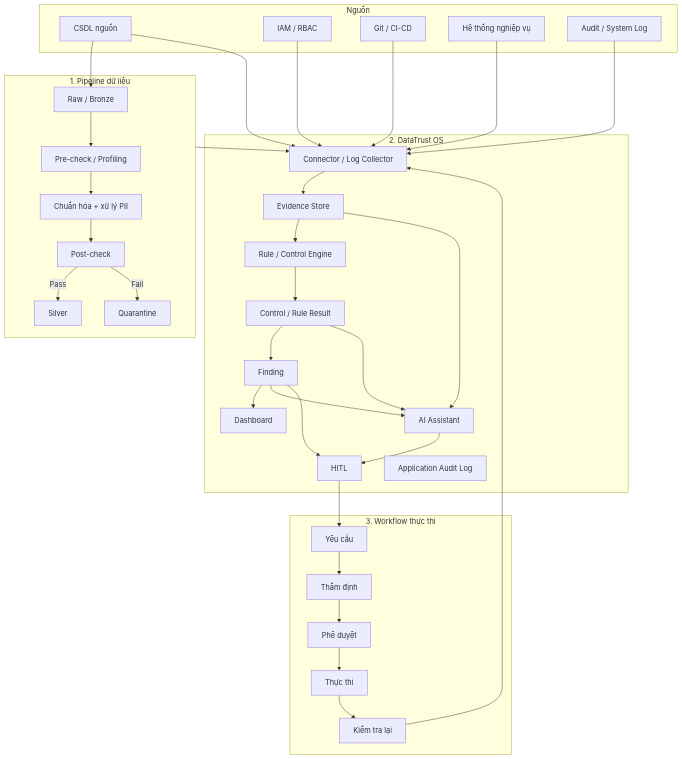
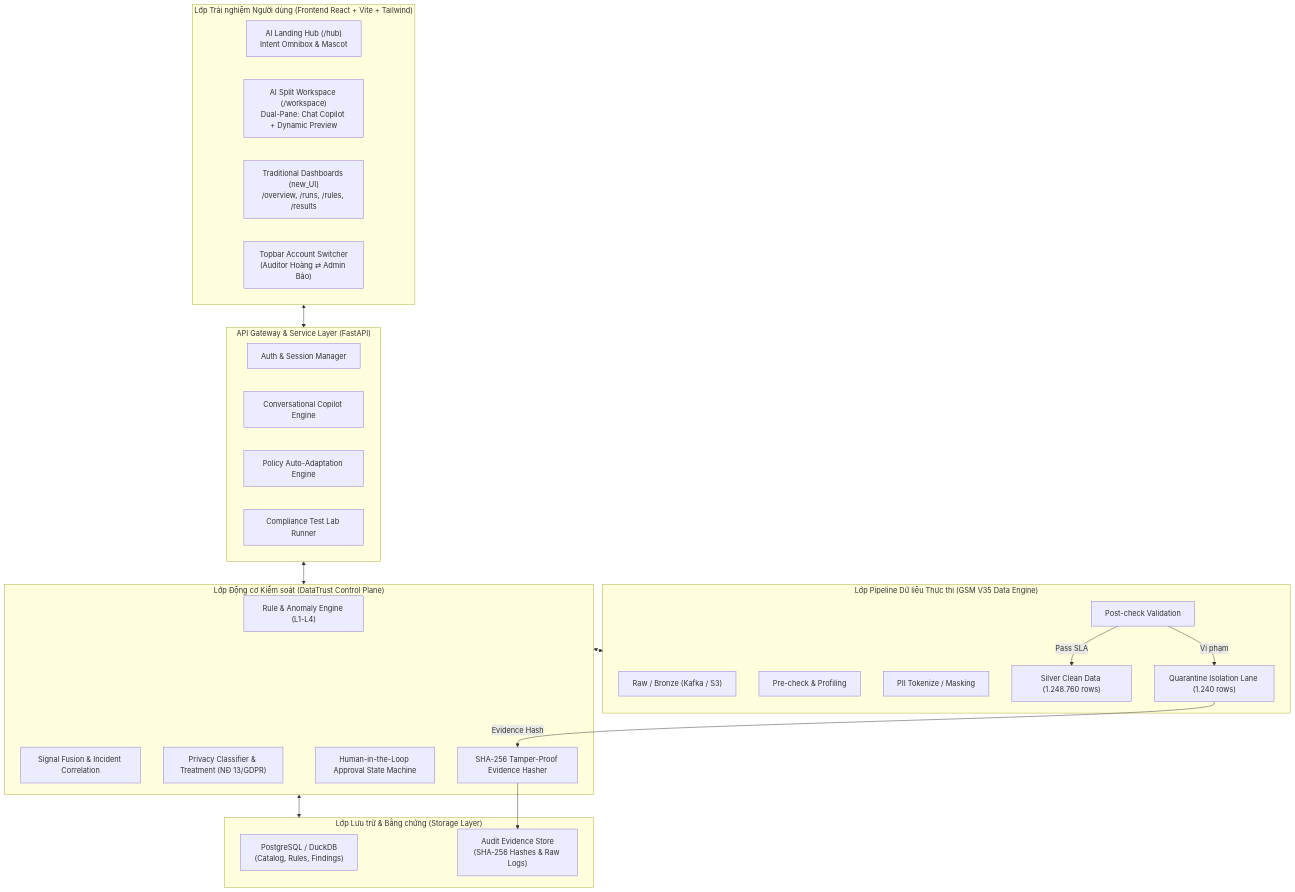
Before and after one commit to Dino1059/Phase2_VSF: the second of 3 diagrams in SDD.md, drawn with Mermaid. The commit also changed other lines of this file and 12 other files, not shown here.

````diff
--- a/SDD.md
+++ b/SDD.md
@@ -99,61 +128,47 @@
 ```mermaid
 flowchart TB
-    subgraph SRC["Nguồn"]
-        DB["CSDL nguồn"]
-        IAM["IAM / RBAC"]
-        GIT["Git / CI-CD"]
-        APP["Hệ thống nghiệp vụ"]
-        LOG["Audit / System Log"]
+    subgraph UI_LAYER["Lớp Trải nghiệm Người dùng (Frontend React + Vite + Tailwind)"]
+        HUB["AI Landing Hub (/hub)\nIntent Omnibox & Mascot"]
+        WORKSPACE["AI Split Workspace (/workspace)\nDual-Pane: Chat Copilot + Dynamic Preview"]
+        DASH["Traditional Dashboards (new_UI)\n/overview, /runs, /rules, /results"]
+        SWITCH["Topbar Account Switcher\n(Auditor Hoàng ⇄ Admin Bảo)"]
     end
 
-    subgraph PIPE["1. Pipeline dữ liệu"]
-        RAW["Raw / Bronze"]
-        PRE["Pre-check / Profiling"]
-        PII["Chuẩn hóa + xử lý PII"]
-        POST["Post-check"]
-        SILVER["Silver"]
-        QUAR["Quarantine"]
+    subgraph GATEWAY["API Gateway & Service Layer (FastAPI)"]
+        AUTH_SVC["Auth & Session Manager"]
+        COPILOT_SVC["Conversational Copilot Engine"]
+        ADAPT_SVC["Policy Auto-Adaptation Engine"]
+        TEST_SVC["Compliance Test Lab Runner"]
     end
 
-    subgraph DT["2. DataTrust OS"]
-        CONN["Connector / Log Collector"]
-        EVID["Evidence Store"]
-        RULE["Rule / Control Engine"]
-        RESULT["Control / Rule Result"]
-        FIND["Finding"]
-        DASH["Dashboard"]
-        AI["AI Assistant"]
-        HITL["HITL"]
-        AUDIT["Application Audit Log"]
+    subgraph ENGINE_LAYER["Lớp Động cơ Kiểm soát (DataTrust Control Plane)"]
+        RULE_ENG["Rule & Anomaly Engine (L1-L4)"]
+        FUSION_ENG["Signal Fusion & Incident Correlation"]
+        PRIVACY_ENG["Privacy Classifier & Treatment (NĐ 13/GDPR)"]
+        CRYPTO_ENG["SHA-256 Tamper-Proof Evidence Hasher"]
+        HITL_ENG["Human-in-the-Loop Approval State Machine"]
     end
 
-    subgraph EXEC["3. Workflow thực thi"]
-        REQ["Yêu cầu"]
-        REVIEW["Thẩm định"]
-        APPROVE["Phê duyệt"]
-        ACTION["Thực thi"]
-        RECHECK["Kiểm tra lại"]
+    subgraph DATA_PIPELINE["Lớp Pipeline Dữ liệu Thực thi (GSM V35 Data Engine)"]
+        RAW["Raw / Bronze (Kafka / S3)"]
+        PRE["Pre-check & Profiling"]
+        TREAT["PII Tokenize / Masking"]
+        POST["Post-check Validation"]
+        SILVER["Silver Clean Data (1.248.760 rows)"]
+        QUAR["Quarantine Isolation Lane (1.240 rows)"]
     end
 
-    DB --> RAW --> PRE --> PII --> POST
-    POST -->|Pass| SILVER
-    POST -->|Fail| QUAR
+    subgraph STORAGE["Lớp Lưu trữ & Bằng chứng (Storage Layer)"]
+        DB["PostgreSQL / DuckDB\n(Catalog, Rules, Findings)"]
+        EVID_STORE["Audit Evidence Store\n(SHA-256 Hashes & Raw Logs)"]
+    end
 
-    DB --> CONN
-    IAM --> CONN
-    GIT --> CONN
-    APP --> CONN
-    LOG --> CONN
-    PIPE --> CONN
+    UI_LAYER <--> GATEWAY
+    GATEWAY <--> ENGINE_LAYER
+    ENGINE_LAYER <--> DATA_PIPELINE
+    ENGINE_LAYER <--> STORAGE
 
-    CONN --> EVID --> RULE --> RESULT --> FIND
-    FIND --> DASH
-    RESULT --> AI
-    EVID --> AI
-    FIND --> AI
-    AI --> HITL
-    FIND --> HITL
-
-    HITL --> REQ --> REVIEW --> APPROVE --> ACTION --> RECHECK
-    RECHECK --> CONN
+    POST -->|Pass SLA| SILVER
+    POST -->|Vi phạm| QUAR
+    QUAR -->|Evidence Hash| CRYPTO_ENG --> EVID_STORE
 ```
````
